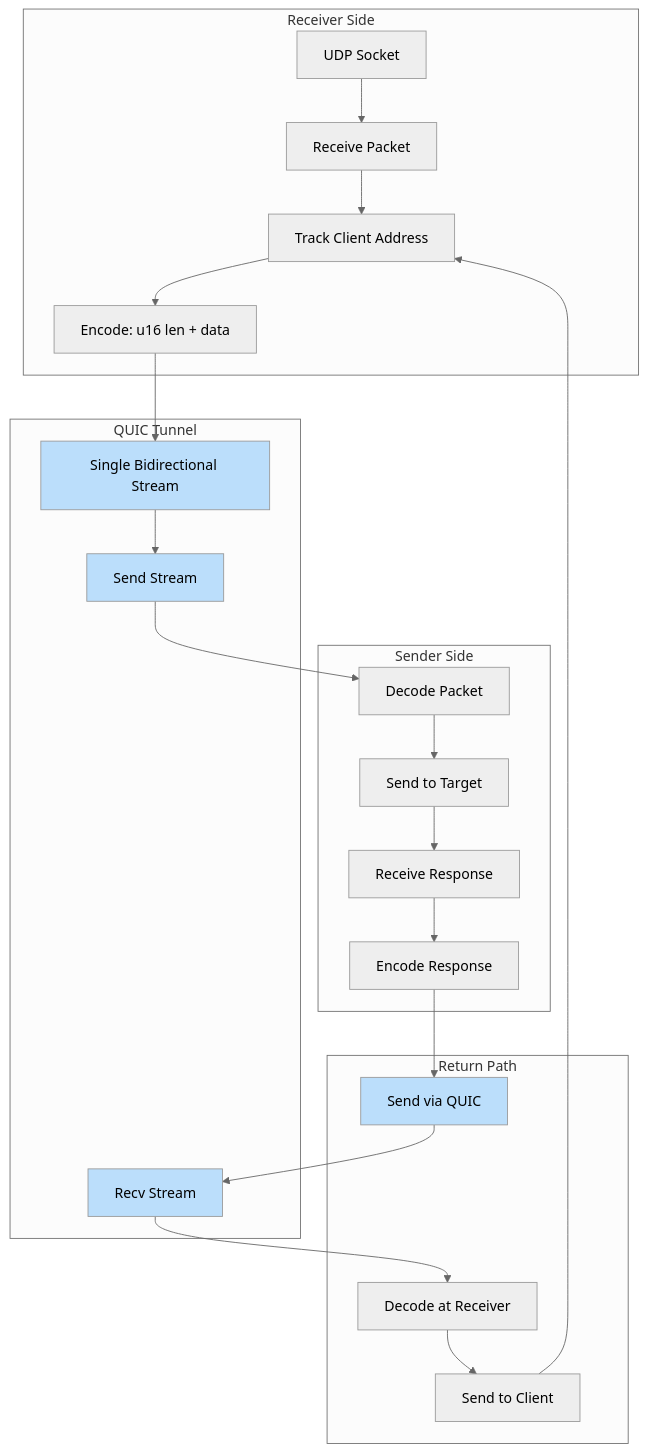
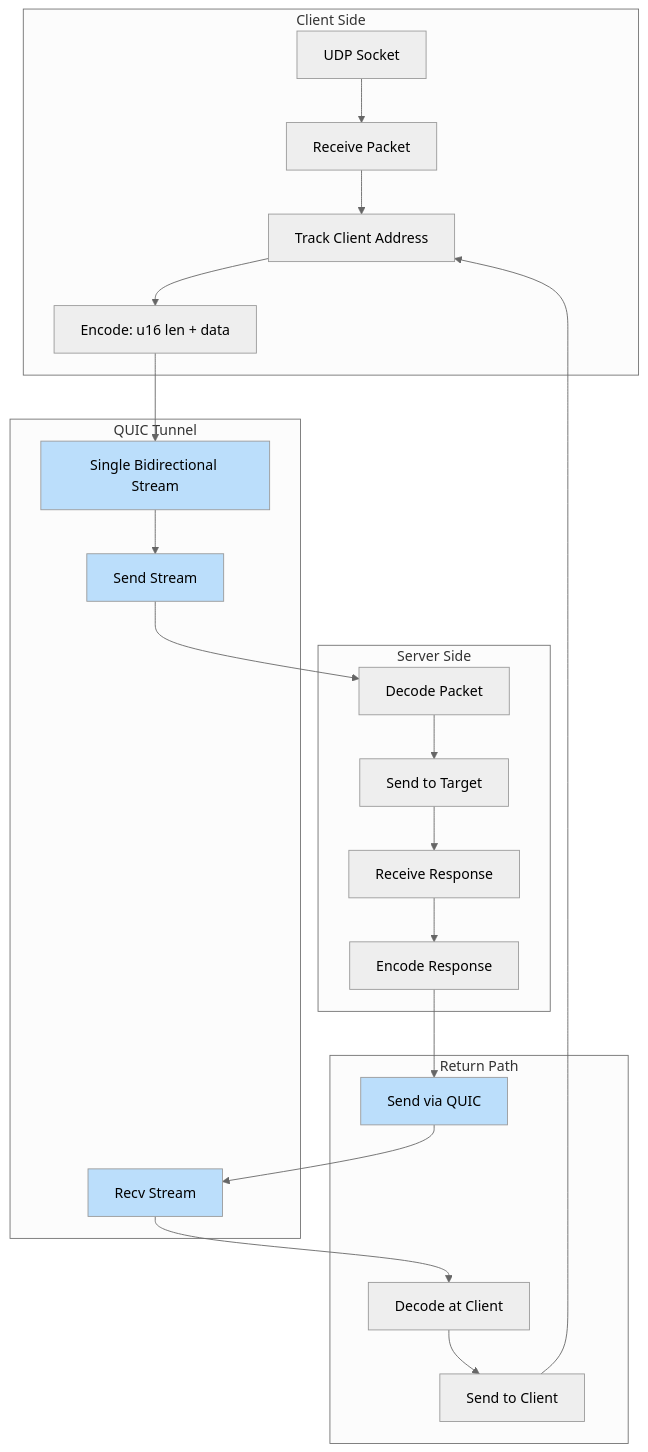
Diagram 31 of 35 in docs/ARCHITECTURE.md (andrewtheguy/vpn-rs), drawn with Mermaid (neutral theme) before and after one commit. The commit also changed other lines of this file, not shown here.

Commit message:
feat: update architecture documentation to reflect server-client terminology and clarify operational modes

````diff
--- a/docs/ARCHITECTURE.md
+++ b/docs/ARCHITECTURE.md
@@ -1285,44 +1285,44 @@
 ```mermaid
 graph TB
-    subgraph "Receiver Side"
+    subgraph "Client Side"
         A[UDP Socket] --> B[Receive Packet]
         B --> C[Track Client Address]
         C --> D[Encode: u16 len + data]
     end
-    
+
     subgraph "QUIC Tunnel"
         E[Single Bidirectional Stream]
         F[Send Stream]
         G[Recv Stream]
     end
-    
-    subgraph "Sender Side"
+
+    subgraph "Server Side"
         H[Decode Packet]
         I[Send to Target]
         J[Receive Response]
         K[Encode Response]
     end
     
     subgraph "Return Path"
         L[Send via QUIC]
-        M[Decode at Receiver]
+        M[Decode at Client]
         N[Send to Client]
     end
     
     D --> E
     E --> F
     F --> H
     H --> I
     I --> J
     J --> K
     K --> L
     L --> G
     G --> M
     M --> N
     N --> C
     
     style E fill:#BBDEFB
     style F fill:#BBDEFB
     style G fill:#BBDEFB
     style L fill:#BBDEFB
 ```
````
